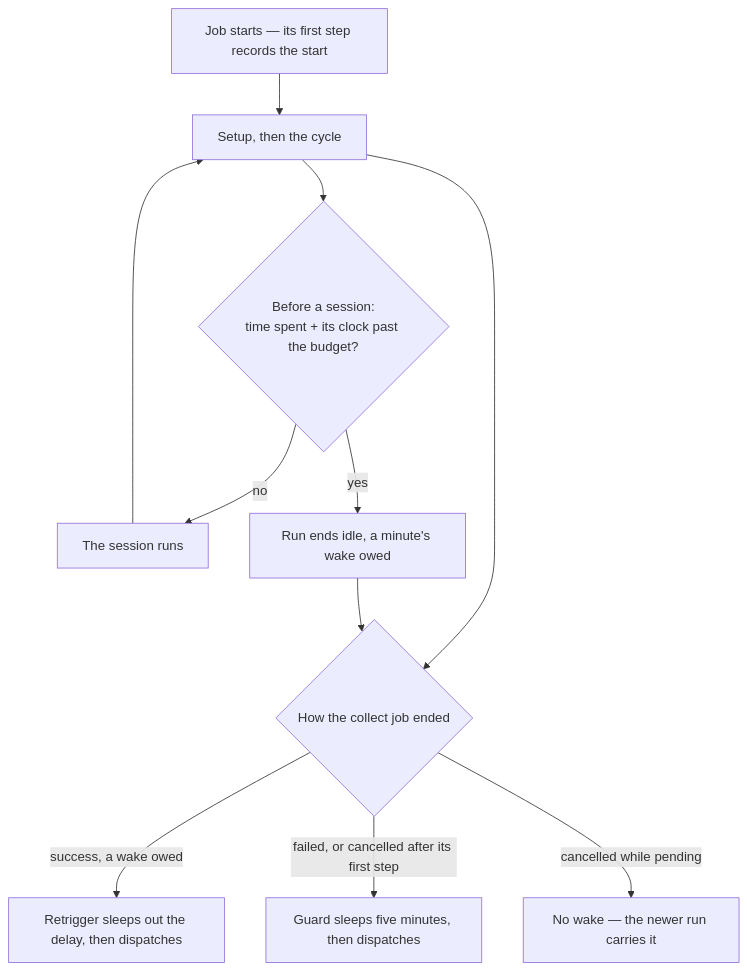
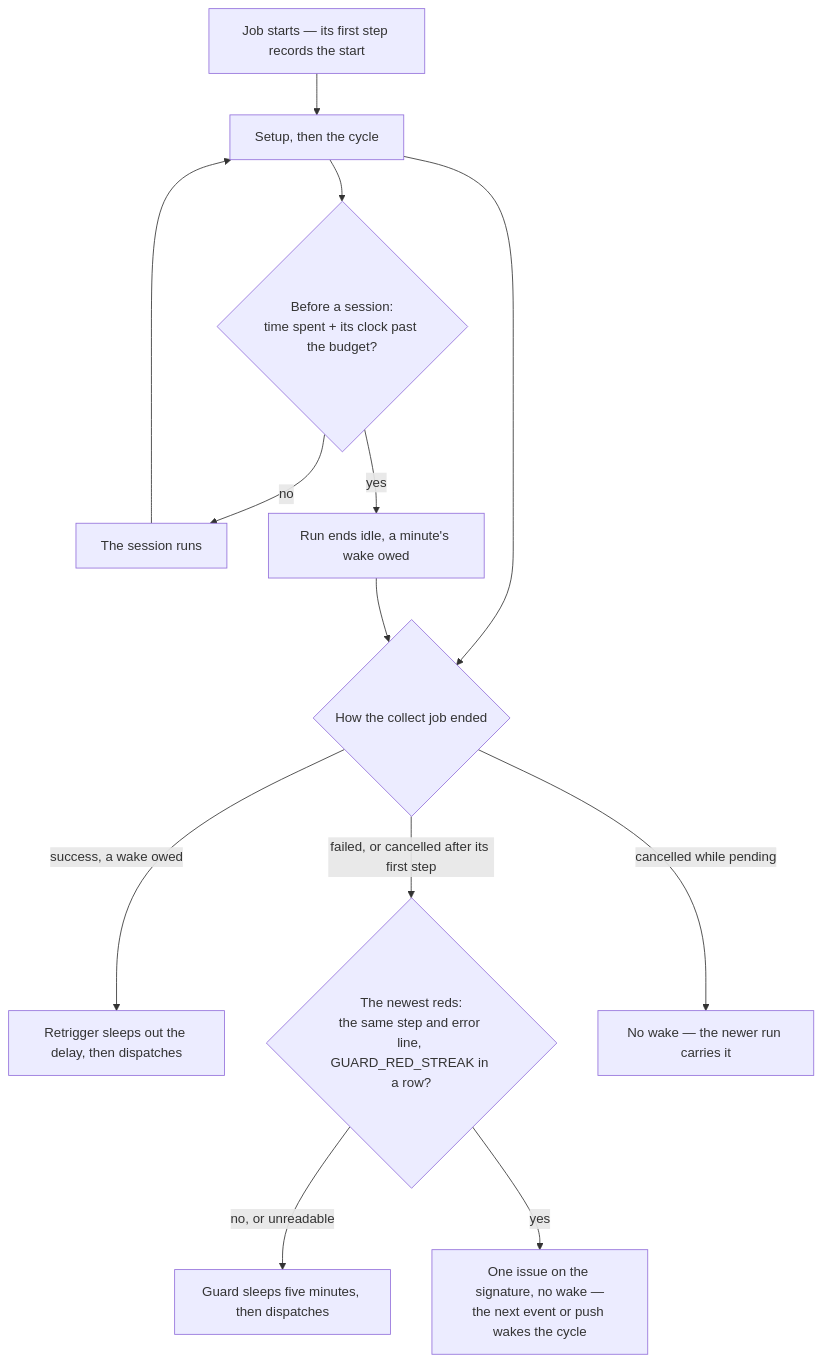
Before and after one commit to Esposter/Esposter: the fourth of 4 diagrams in apps/web/content/docs/infra/review-collector/runner.md, drawn with Mermaid. The commit also changed other lines of this file and 20 other files, not shown here.

````diff
--- a/apps/web/content/docs/infra/review-collector/runner.md
+++ b/apps/web/content/docs/infra/review-collector/runner.md
@@ -117,13 +119,15 @@
 ```mermaid
 flowchart TD
   S[Job starts — its first step records the start] --> C[Setup, then the cycle]
   C --> Q{Before a session:<br/>time spent + its clock past the budget?}
   Q -->|no| R[The session runs]
   R --> C
   Q -->|yes| I[Run ends idle, a minute's wake owed]
   C --> E{How the collect job ended}
   I --> E
   E -->|success, a wake owed| T[Retrigger sleeps out the delay, then dispatches]
-  E -->|failed, or cancelled after its first step| G[Guard sleeps five minutes, then dispatches]
+  E -->|failed, or cancelled after its first step| H{The newest reds:<br/>the same step and error line, GUARD_RED_STREAK in a row?}
+  H -->|no, or unreadable| G[Guard sleeps five minutes, then dispatches]
+  H -->|yes| K[One issue on the signature, no wake —<br/>the next event or push wakes the cycle]
   E -->|cancelled while pending| N[No wake — the newer run carries it]
 ```
````
